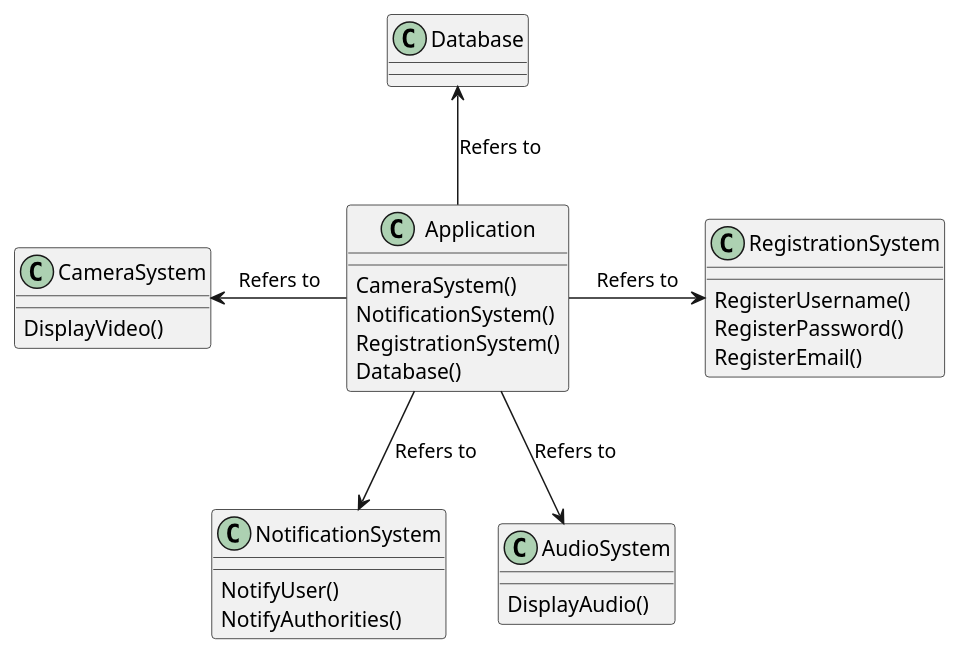
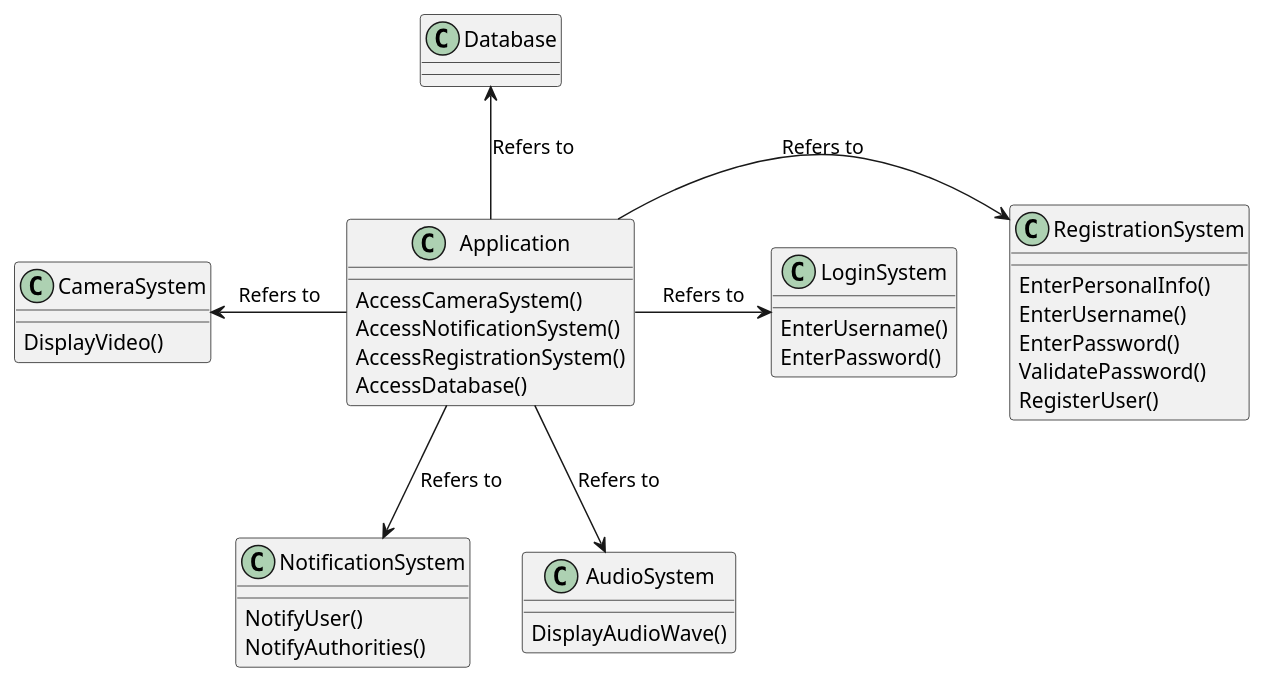
The diagram in Class Diagrams/Abstract Class Diagram.puml (ECCE336-100053463/ECCE-336-Project), drawn with PlantUML before and after one commit. The commit also changed 1 other file, not shown here.

Commit message:
Edited Class Diagrams

```diff
--- a/Class Diagrams/Abstract Class Diagram.puml
+++ b/Class Diagrams/Abstract Class Diagram.puml
@@ -1,33 +1,40 @@
 @startuml
 
 class Application {
-    CameraSystem()
-    NotificationSystem()
-    RegistrationSystem()
-    Database()
+    AccessCameraSystem()
+    AccessNotificationSystem()
+    AccessRegistrationSystem()
+    AccessDatabase()
 }
 class NotificationSystem{
     NotifyUser()
     NotifyAuthorities()
 }
 class RegistrationSystem{
-    RegisterUsername()
-    RegisterPassword()
-    RegisterEmail()
+    EnterPersonalInfo()
+    EnterUsername()
+    EnterPassword()
+    ValidatePassword()
+    RegisterUser()
+}
+class LoginSystem {
+EnterUsername()
+EnterPassword()
 }
 class CameraSystem{
     DisplayVideo()
 }
 class AudioSystem {
-    DisplayAudio()
+    DisplayAudioWave()
 }
 
 
 Application -d-> NotificationSystem : Refers to
 Application -> RegistrationSystem : Refers to
+Application -> LoginSystem : Refers to
 Application -l-> CameraSystem : Refers to
 Application -u-> Database : Refers to
 Application -d-> AudioSystem : Refers to
 
 
 @endunml 
```
